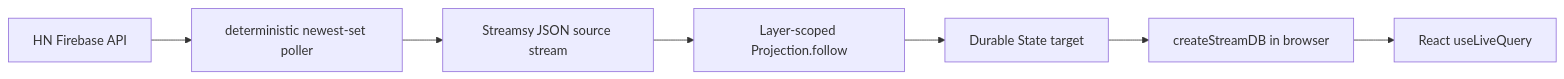
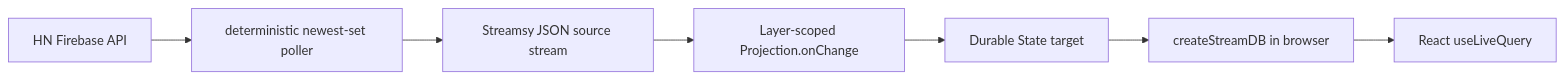
One commit to gingerhendrix/streamsy changed the diagram in examples/hackernews-newest-stream/README.md. Above: the diagram before and after it, drawn with Mermaid. The commit also changed other lines of this file and 4 other files, not shown here.

````diff
--- a/examples/hackernews-newest-stream/README.md
+++ b/examples/hackernews-newest-stream/README.md
@@ -10,9 +10,9 @@
 ```mermaid
 flowchart LR
   HN[HN Firebase API] --> Poller[deterministic newest-set poller]
   Poller --> Source[Streamsy JSON source stream]
-  Source --> Projection[Layer-scoped Projection.follow]
+  Source --> Projection[Layer-scoped Projection.onChange]
   Projection --> Target[Durable State target]
   Target --> ClientDB[createStreamDB in browser]
   ClientDB --> React[React useLiveQuery]
 ```
````
